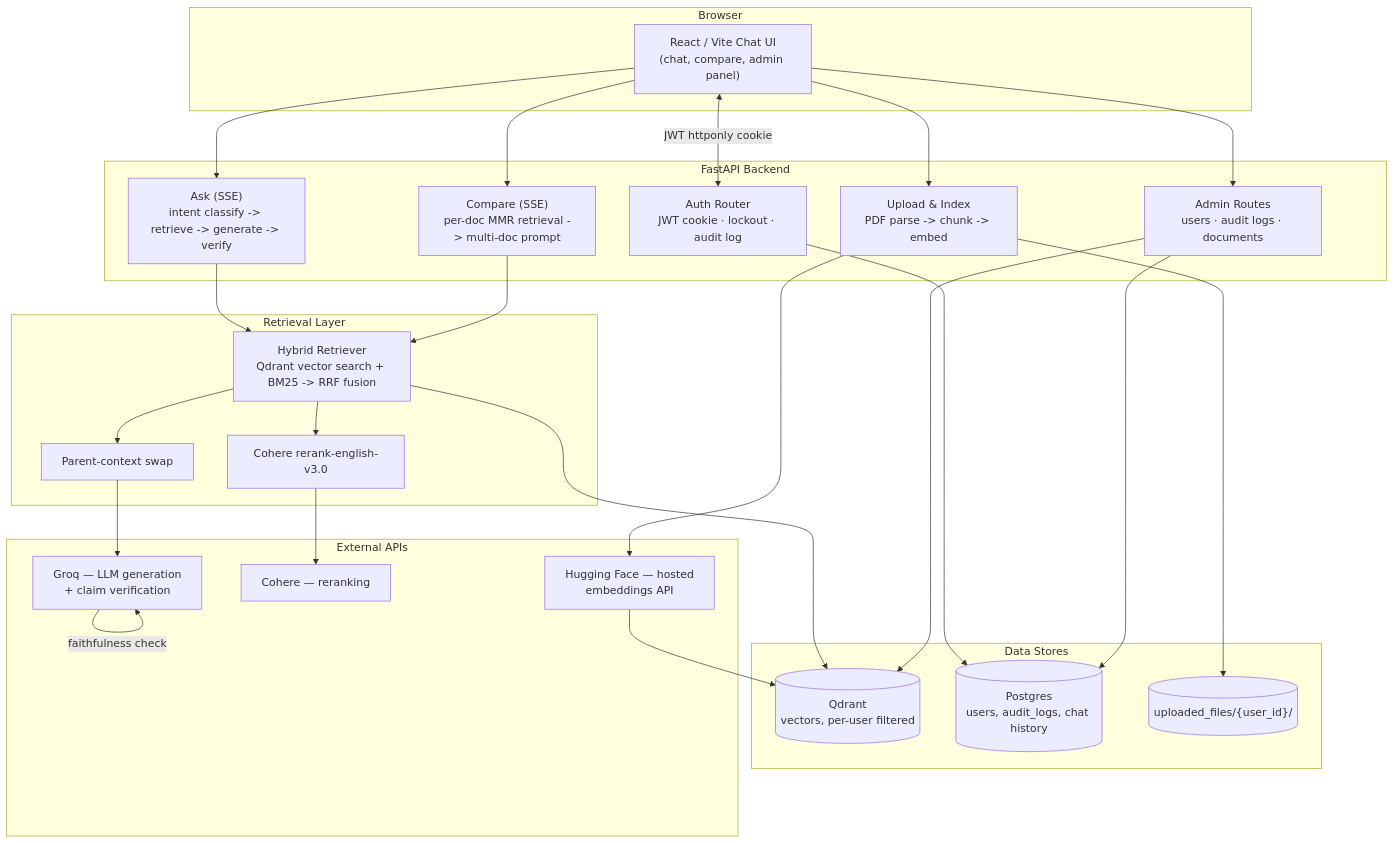
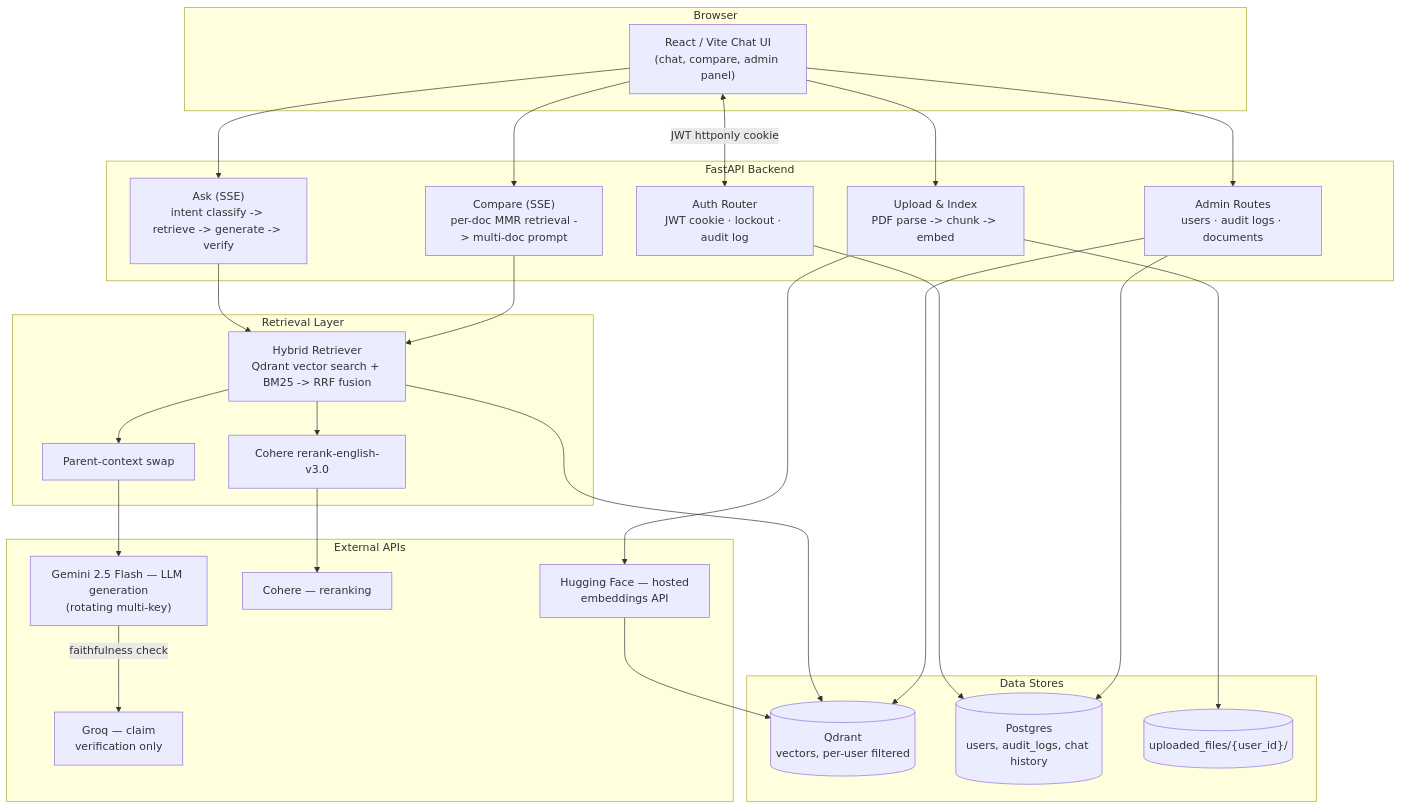
The diagram in README.md (JeelPrajapati23/ClauseIQ), drawn with Mermaid before and after one commit. The commit also changed other lines of this file and 9 other files, not shown here.

````diff
--- a/README.md
+++ b/README.md
@@ -59,53 +59,54 @@
 ```mermaid
 flowchart TB
     subgraph Client["Browser"]
         UI["React / Vite Chat UI<br/>(chat, compare, admin panel)"]
     end
 
     subgraph Backend["FastAPI Backend"]
         Auth["Auth Router<br/>JWT cookie · lockout · audit log"]
         Upload["Upload & Index<br/>PDF parse -> chunk -> embed"]
         Ask["Ask (SSE)<br/>intent classify -> retrieve -> generate -> verify"]
         Compare["Compare (SSE)<br/>per-doc MMR retrieval -> multi-doc prompt"]
         Admin["Admin Routes<br/>users · audit logs · documents"]
     end
 
     subgraph Retrieval["Retrieval Layer"]
         Hybrid["Hybrid Retriever<br/>Qdrant vector search + BM25 -> RRF fusion"]
         Rerank["Cohere rerank-english-v3.0"]
         ParentSwap["Parent-context swap"]
     end
 
     subgraph Data["Data Stores"]
         Qdrant[("Qdrant<br/>vectors, per-user filtered")]
         Postgres[("Postgres<br/>users, audit_logs, chat history")]
         Files[("uploaded_files/{user_id}/")]
     end
 
     subgraph External["External APIs"]
-        Groq["Groq — LLM generation<br/>+ claim verification"]
+        Gemini["Gemini 2.5 Flash — LLM generation<br/>(rotating multi-key)"]
+        Groq["Groq — claim<br/>verification only"]
         CohereAPI["Cohere — reranking"]
         Embed["Hugging Face — hosted<br/>embeddings API"]
     end
 
     UI <--> |"JWT httponly cookie"| Auth
     UI --> Upload
     UI --> Ask
     UI --> Compare
     UI --> Admin
 
     Upload --> Embed --> Qdrant
     Upload --> Files
 
     Ask --> Hybrid
     Compare --> Hybrid
     Hybrid --> Qdrant
     Hybrid --> Rerank --> CohereAPI
     Hybrid --> ParentSwap
-    ParentSwap --> Groq
-    Groq --> |"faithfulness check"| Groq
+    ParentSwap --> Gemini
+    Gemini --> |"faithfulness check"| Groq
 
     Auth --> Postgres
     Admin --> Postgres
     Admin --> Qdrant
 ```
````
